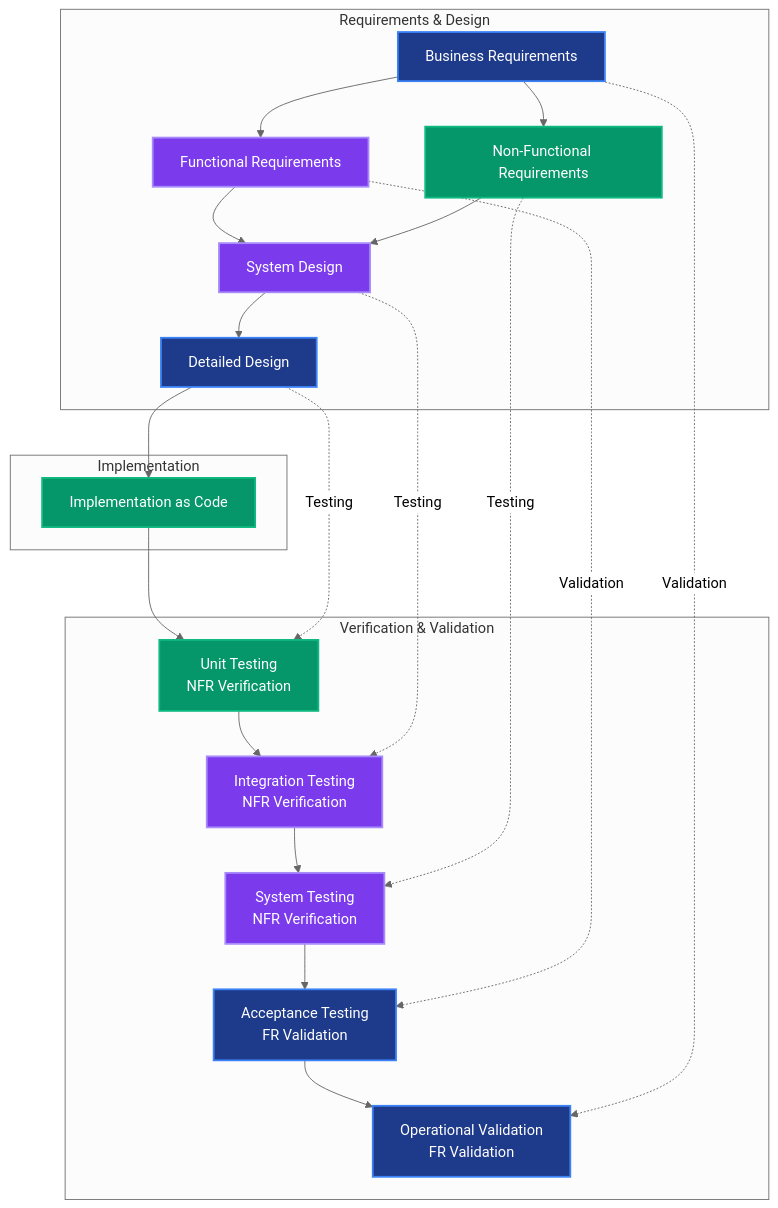
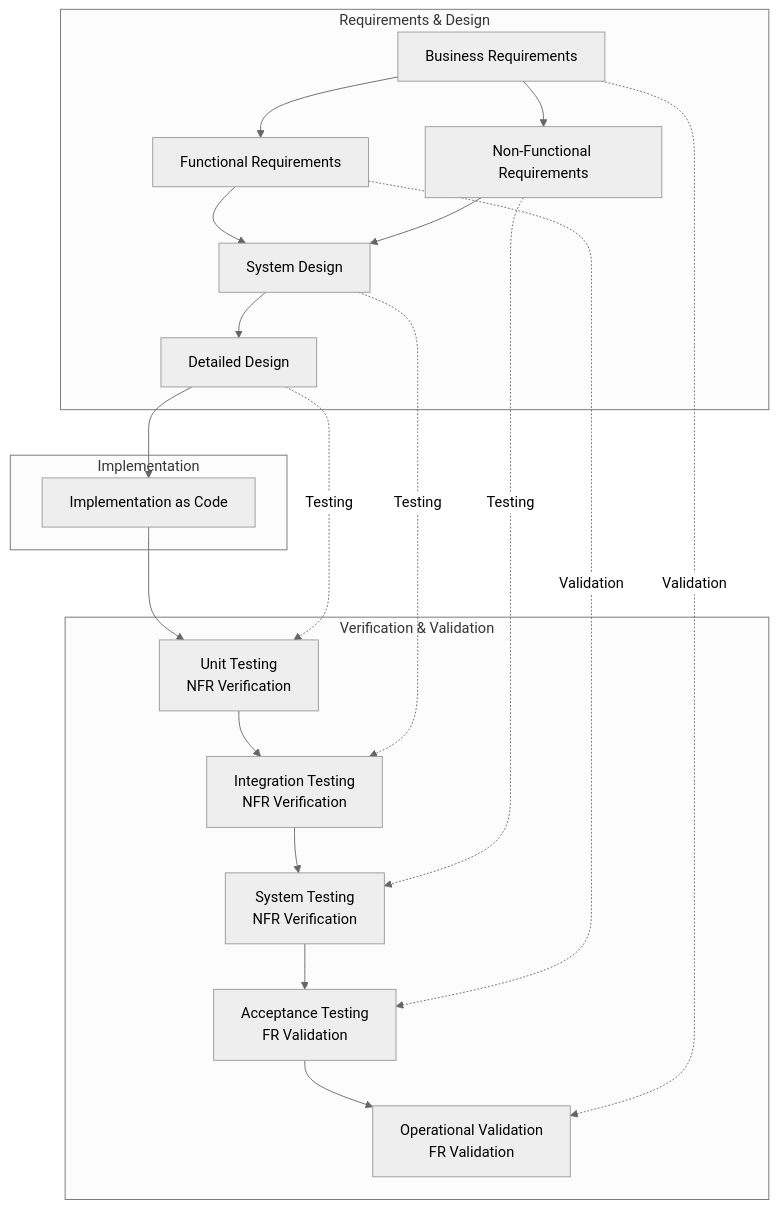
The diagram in docs/images/diagram_02_v_model.mmd (Geonitab/architecture_as_code), drawn with Mermaid (neutral theme) before and after one commit. The commit also changed 7 other files, not shown here.

First line of the commit message:
Fix dark-background diagrams for PDF and DOCX white-page output

```diff
--- a/docs/images/diagram_02_v_model.mmd
+++ b/docs/images/diagram_02_v_model.mmd
@@ -1,43 +1,39 @@
 graph TB
     subgraph "Requirements & Design"
         BR[Business Requirements]:::kv-primary
         FR[Functional Requirements]:::kv-accent
         NFR[Non-Functional Requirements]:::kv-highlight
         SD[System Design]:::kv-accent
         DD[Detailed Design]:::kv-primary
     end
     
     subgraph "Implementation"
         CODE[Implementation as Code]:::kv-highlight
     end
     
     subgraph "Verification & Validation"
         UT[Unit Testing<br/>NFR Verification]:::kv-highlight
         IT[Integration Testing<br/>NFR Verification]:::kv-accent
         ST[System Testing<br/>NFR Verification]:::kv-accent
         AT[Acceptance Testing<br/>FR Validation]:::kv-primary
         OT[Operational Validation<br/>FR Validation]:::kv-primary
     end
     
     BR --> FR
     BR --> NFR
     FR --> SD
     NFR --> SD
     SD --> DD
     DD --> CODE
     
     CODE --> UT
     UT --> IT
     IT --> ST
     ST --> AT
     AT --> OT
     
     DD -.Testing.-> UT
     SD -.Testing.-> IT
     NFR -.Testing.-> ST
     FR -.Validation.-> AT
     BR -.Validation.-> OT
-    
-    classDef kv-primary fill:#1e3a8a,stroke:#3b82f6,stroke-width:2px,color:#fff
-    classDef kv-accent fill:#7c3aed,stroke:#a78bfa,stroke-width:2px,color:#fff
-    classDef kv-highlight fill:#059669,stroke:#10b981,stroke-width:2px,color:#fff
```
